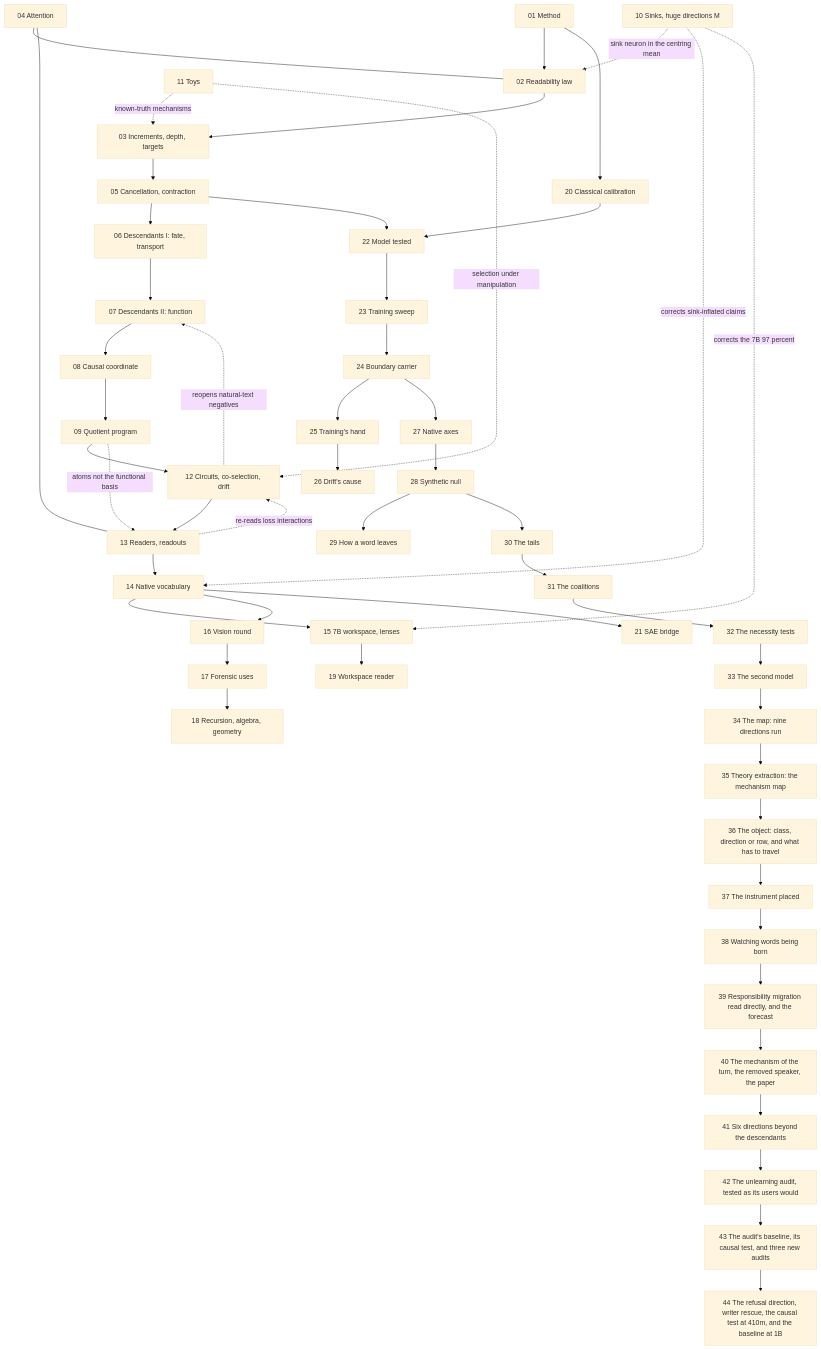
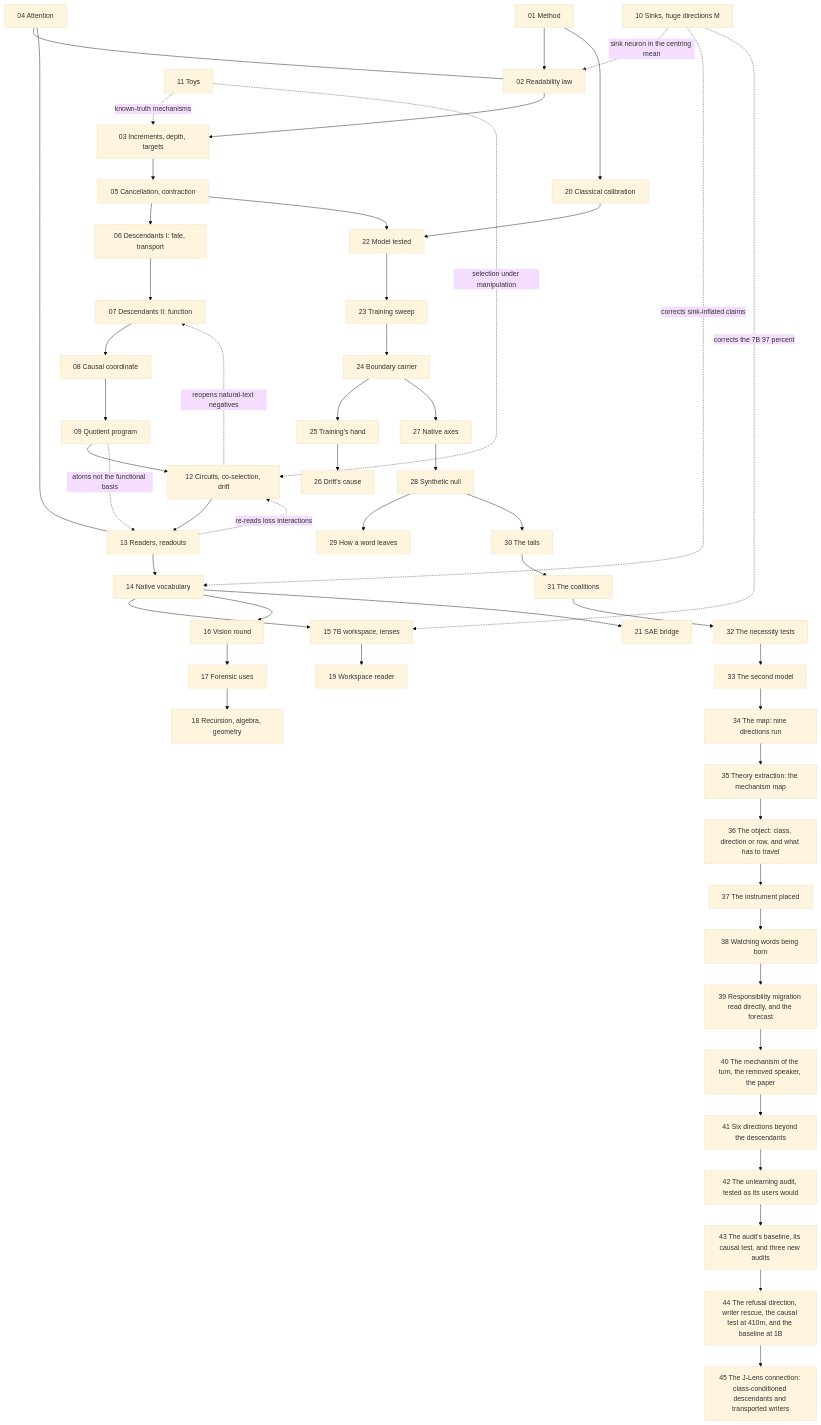
The diagram in docs/ATLAS.md (sunmoonron/wdd-descendants), drawn with Mermaid (base theme) before and after one commit. The commit also changed other lines of this file and 18 other files, not shown here.

First line of the commit message:
Phase 3ca: the J-Lens connection, class-conditioned descendants and transported writers (e611, e612, atlas area 45)

````diff
--- a/docs/ATLAS.md
+++ b/docs/ATLAS.md
@@ -95,54 +96,55 @@
 ```mermaid
 flowchart TD
   A01["01 Method"] --> A02["02 Readability law"]
   A02 --> A03["03 Increments, depth, targets"]
   A03 --> A05["05 Cancellation, contraction"]
   A05 --> A06["06 Descendants I: fate, transport"]
   A06 --> A07["07 Descendants II: function"]
   A07 --> A08["08 Causal coordinate"]
   A08 --> A09["09 Quotient program"]
   A09 --> A12["12 Circuits, co-selection, drift"]
   A12 --> A13["13 Readers, readouts"]
   A13 --> A14["14 Native vocabulary"]
   A14 --> A15["15 7B workspace, lenses"]
   A14 --> A16["16 Vision round"]
   A16 --> A17["17 Forensic uses"]
   A17 --> A18["18 Recursion, algebra, geometry"]
   A15 --> A19["19 Workspace reader"]
   A01 --> A20["20 Classical calibration"]
   A14 --> A21["21 SAE bridge"]
   A20 --> A22["22 Model tested"]
   A22 --> A23["23 Training sweep"]
   A23 --> A24["24 Boundary carrier"]
   A24 --> A25["25 Training's hand"]
   A25 --> A26["26 Drift's cause"]
   A24 --> A27["27 Native axes"]
   A27 --> A28["28 Synthetic null"]
   A28 --> A29["29 How a word leaves"]
   A28 --> A30["30 The tails"]
   A30 --> A31["31 The coalitions"]
   A31 --> A32["32 The necessity tests"]
   A32 --> A33["33 The second model"]
   A33 --> A34["34 The map: nine directions run"]
   A34 --> A35["35 Theory extraction: the mechanism map"]
   A35 --> A36["36 The object: class, direction or row, and what has to travel"]
   A36 --> A37["37 The instrument placed"]
   A37 --> A38["38 Watching words being born"]
   A38 --> A39["39 Responsibility migration read directly, and the forecast"]
   A39 --> A40["40 The mechanism of the turn, the removed speaker, the paper"]
   A40 --> A41["41 Six directions beyond the descendants"]
   A41 --> A42["42 The unlearning audit, tested as its users would"]
   A42 --> A43["43 The audit's baseline, its causal test, and three new audits"]
   A43 --> A44["44 The refusal direction, writer rescue, the causal test at 410m, and the baseline at 1B"]
+  A44 --> A45["45 The J-Lens connection: class-conditioned descendants and transported writers"]
   A05 --> A22
   A04["04 Attention"] --- A02
   A04 --- A13
   A10["10 Sinks, huge directions M"] -.->|sink neuron in the centring mean| A02
   A10 -.->|corrects sink-inflated claims| A14
   A10 -.->|corrects the 7B 97 percent| A15
   A11["11 Toys"] -.->|known-truth mechanisms| A03
   A11 -.->|selection under manipulation| A12
   A12 -.->|reopens natural-text negatives| A07
   A13 -.->|re-reads loss interactions| A12
   A09 -.->|atoms not the functional basis| A13
 ```
````
